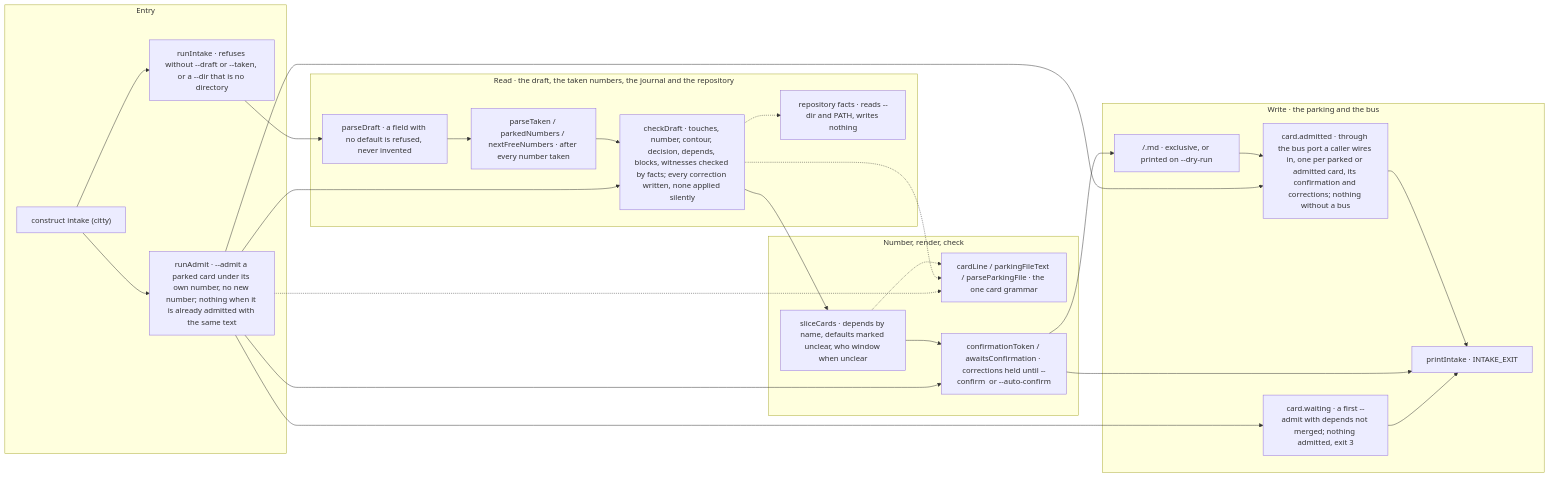
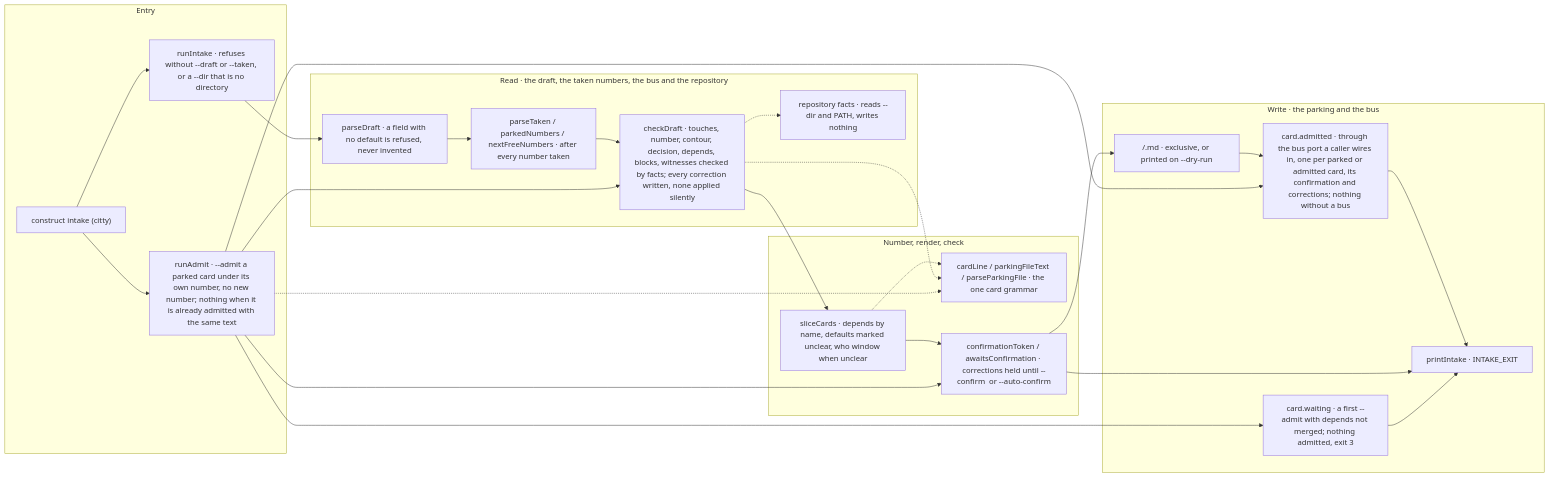
The diagram in architecture/intake.md (E1i/mikoshi-construct), drawn with Mermaid before and after one commit. The commit also changed other lines of this file and 1 other file, not shown here.

Commit message:
intake-docs-drop-journal-slice-1 (#1290)
Committed by the shift from the card's worktree after its session ended.

````diff
--- a/architecture/intake.md
+++ b/architecture/intake.md
@@ -10,45 +10,45 @@
 ```mermaid
 flowchart LR
   subgraph b_entry["Entry"]
     cli["construct intake (citty)"]
     run["runIntake · refuses without --draft or --taken, or a --dir that is no directory"]
     admit["runAdmit · --admit a parked card under its own number, no new number; nothing when it is already admitted with the same text"]
   end
-  subgraph b_read["Read · the draft, the taken numbers, the journal and the repository"]
+  subgraph b_read["Read · the draft, the taken numbers, the bus and the repository"]
     draft["parseDraft · a field with no default is refused, never invented"]
     numbers["parseTaken / parkedNumbers / nextFreeNumbers · after every number taken"]
     check["checkDraft · touches, number, contour, decision, depends, blocks, witnesses checked by facts; every correction written, none applied silently"]
     facts["repository facts · reads --dir and PATH, writes nothing"]
   end
   subgraph b_slice["Number, render, check"]
     slice["sliceCards · depends by name, defaults marked unclear, who window when unclear"]
     grammar["cardLine / parkingFileText / parseParkingFile · the one card grammar"]
     confirm["confirmationToken / awaitsConfirmation · corrections held until --confirm <token> or --auto-confirm"]
   end
   subgraph b_write["Write · the parking and the bus"]
     write["<parking>/<id>.md · exclusive, or printed on --dry-run"]
     admitted["card.admitted · through the bus port a caller wires in, one per parked or admitted card, its confirmation and corrections; nothing without a bus"]
     waiting["card.waiting · a first --admit with depends not merged; nothing admitted, exit 3"]
     print["printIntake · INTAKE_EXIT"]
   end
   cli --> run
   cli --> admit
   admit -.-> grammar
   admit --> check
   admit --> confirm
   admit --> waiting
   admit --> admitted
   waiting --> print
   run --> draft
   draft --> numbers
   numbers --> check
   check --> slice
   check -.-> facts
   check -.-> grammar
   slice -.-> grammar
   slice --> confirm
   confirm --> write
   confirm --> print
   write --> admitted
   admitted --> print
 ```
````
